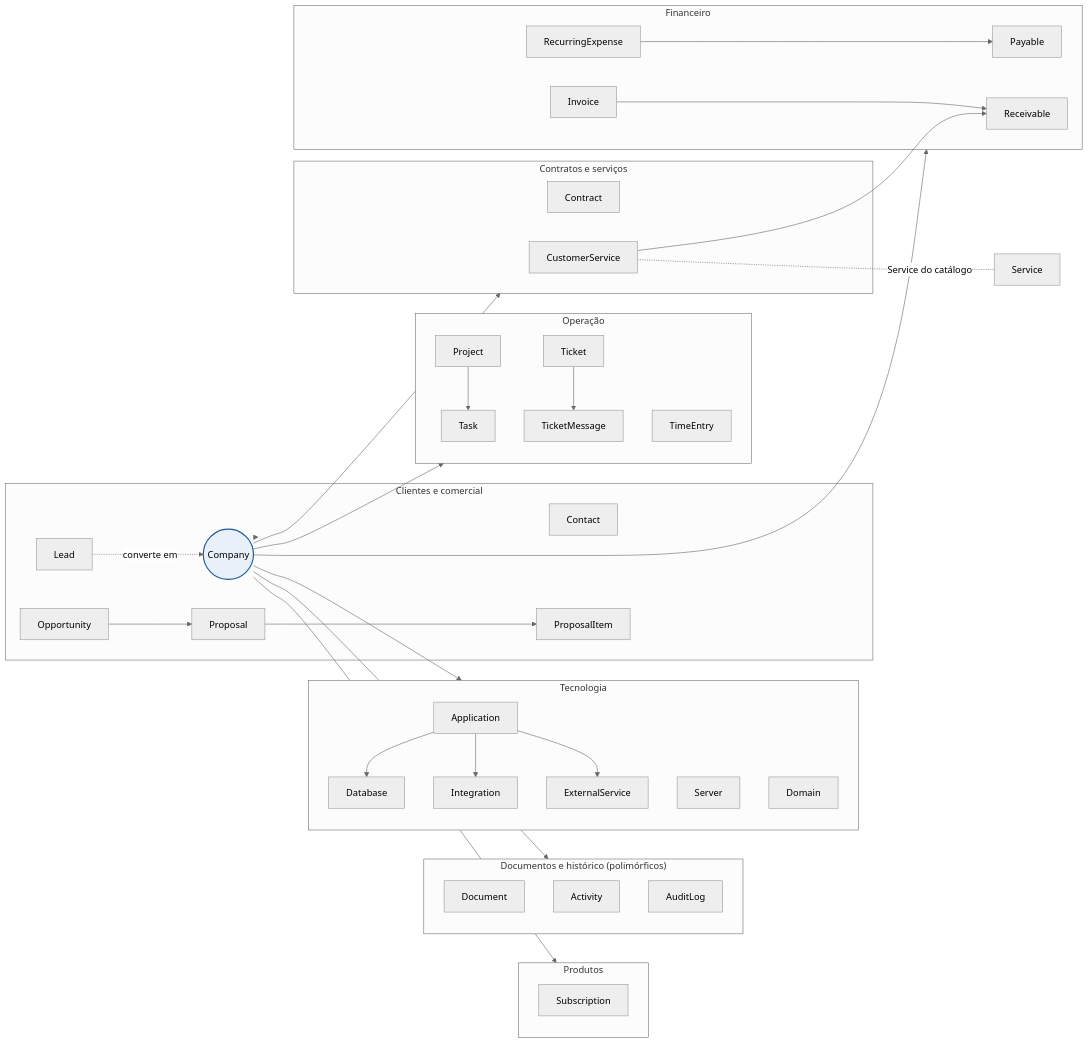
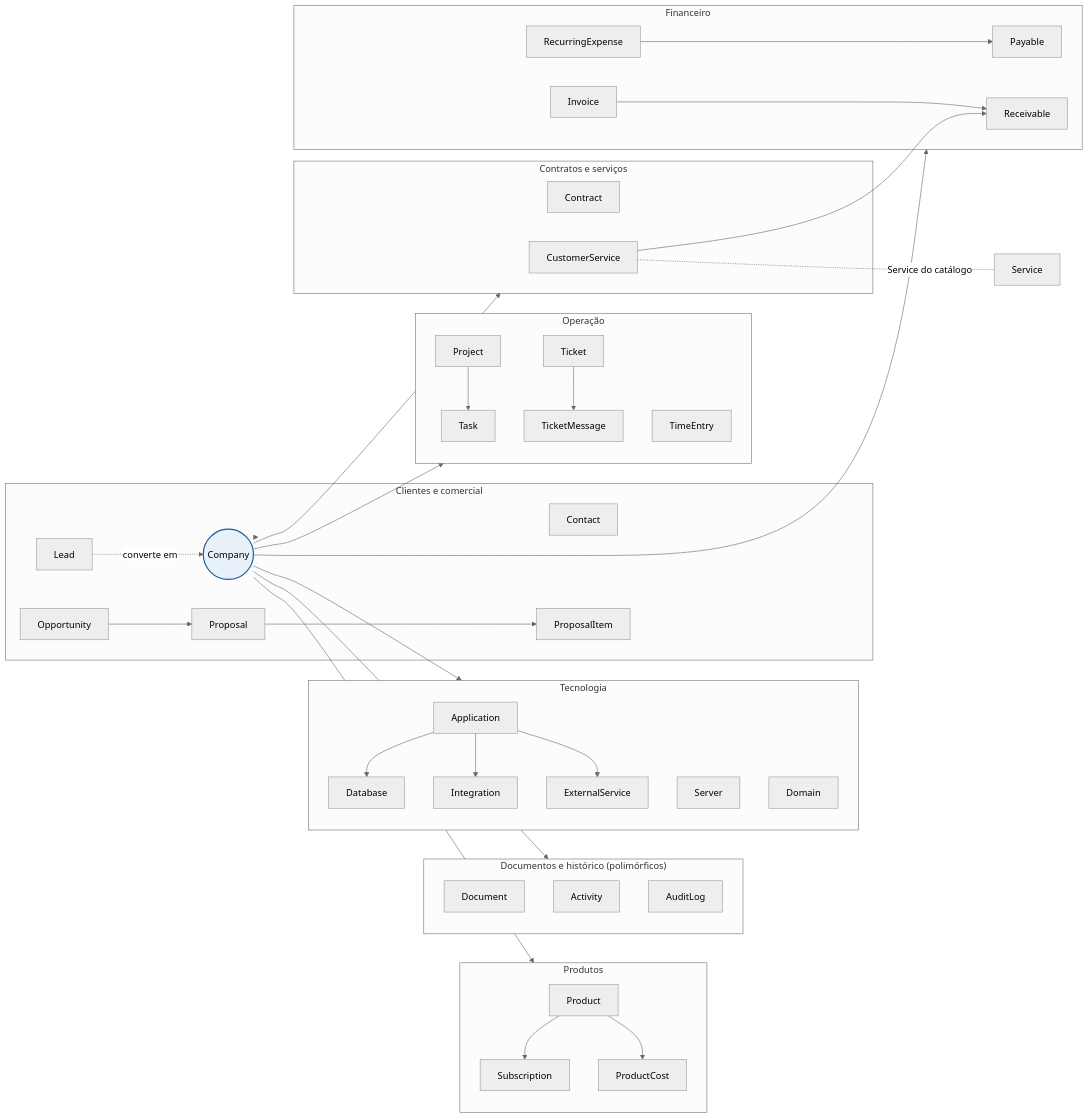
Before and after one commit to devbatista/devbatista_app: the diagram in docs/specs/admin-devbatista-mvp/06-modelo-de-dados.md, drawn with Mermaid (neutral theme). The commit also changed other lines of this file and 111 other files, not shown here.

````diff
--- a/docs/specs/admin-devbatista-mvp/06-modelo-de-dados.md
+++ b/docs/specs/admin-devbatista-mvp/06-modelo-de-dados.md
@@ -7,49 +7,50 @@
 ```mermaid
 flowchart LR
   subgraph CC["Clientes e comercial"]
     Contact
     Lead -. converte em .-> Company
     Opportunity --> Proposal --> ProposalItem
   end
   subgraph CS["Contratos e serviços"]
     Contract
     CustomerService
   end
   subgraph OP["Operação"]
     Project --> Task
     TimeEntry
     Ticket --> TicketMessage
   end
   subgraph FI["Financeiro"]
     Receivable
     Payable
     RecurringExpense --> Payable
     Invoice --> Receivable
   end
   subgraph TE["Tecnologia"]
     Application --> Database
     Application --> Integration
     Application --> ExternalService
     Server
     Domain
   end
   subgraph PR["Produtos"]
-    Subscription
+    Product --> Subscription
+    Product --> ProductCost
   end
   subgraph DH["Documentos e histórico (polimórficos)"]
     Document
     Activity
     AuditLog
   end
   Company((Company)) --> CC
   Company --> CS
   Company --> OP
   Company --> FI
   Company --> TE
   Company --> DH
   Company --> PR
   CustomerService --> Receivable
   CustomerService -. Service do catálogo .- Service
   classDef key fill:#E8F0F9,stroke:#1D5A9E,stroke-width:2px
   class Company key
 ```
````
